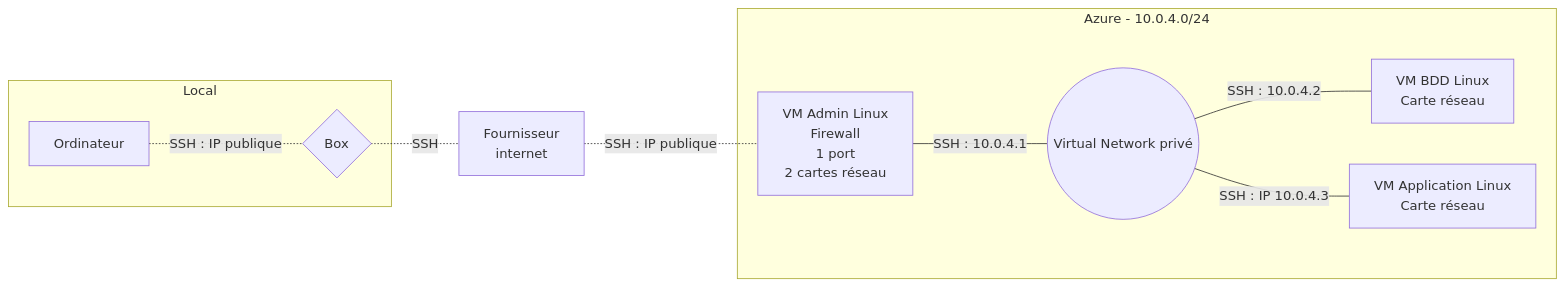
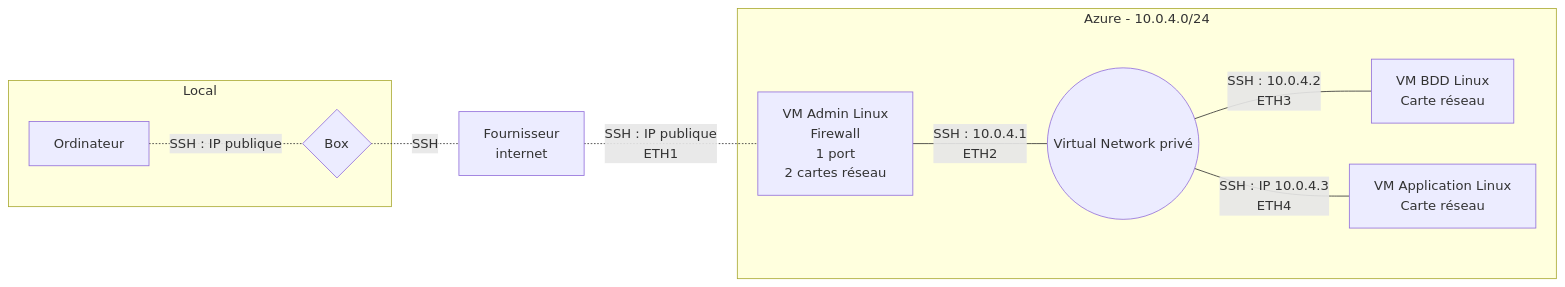
The diagram in Brouillon.md (simplon-ThomasJulian/Brief2_Groupe4), drawn with Mermaid before and after one commit.

````diff
--- a/Brouillon.md
+++ b/Brouillon.md
@@ -1,13 +1,13 @@
 ```mermaid
 flowchart LR
     subgraph Local
     Ordinateur[Ordinateur] -.-|SSH : IP publique| Box{Box}
     end
     Box -.-|SSH| Internet[Fournisseur <br /> internet]
-    Internet -.-|SSH : IP publique| VMAdmin[VM Admin Linux <br /> Firewall <br /> 1 port <br /> 2 cartes réseau]
+    Internet -.-|SSH : IP publique <br /> ETH1| VMAdmin[VM Admin Linux <br /> Firewall <br /> 1 port <br /> 2 cartes réseau]
     subgraph Azure - 10.0.4.0/24
-    VMAdmin ---|SSH : 10.0.4.1| VN((Virtual Network privé))
-    VN ---|SSH : 10.0.4.2| BDD[VM BDD Linux <br /> Carte réseau]
-    VN ---|SSH : IP 10.0.4.3| Appli[VM Application Linux <br /> Carte réseau]
+    VMAdmin ---|SSH : 10.0.4.1 <br /> ETH2| VN((Virtual Network privé))
+    VN ---|SSH : 10.0.4.2 <br /> ETH3| BDD[VM BDD Linux <br /> Carte réseau]
+    VN ---|SSH : IP 10.0.4.3 <br /> ETH4| Appli[VM Application Linux <br /> Carte réseau]
     end
 ```
````
